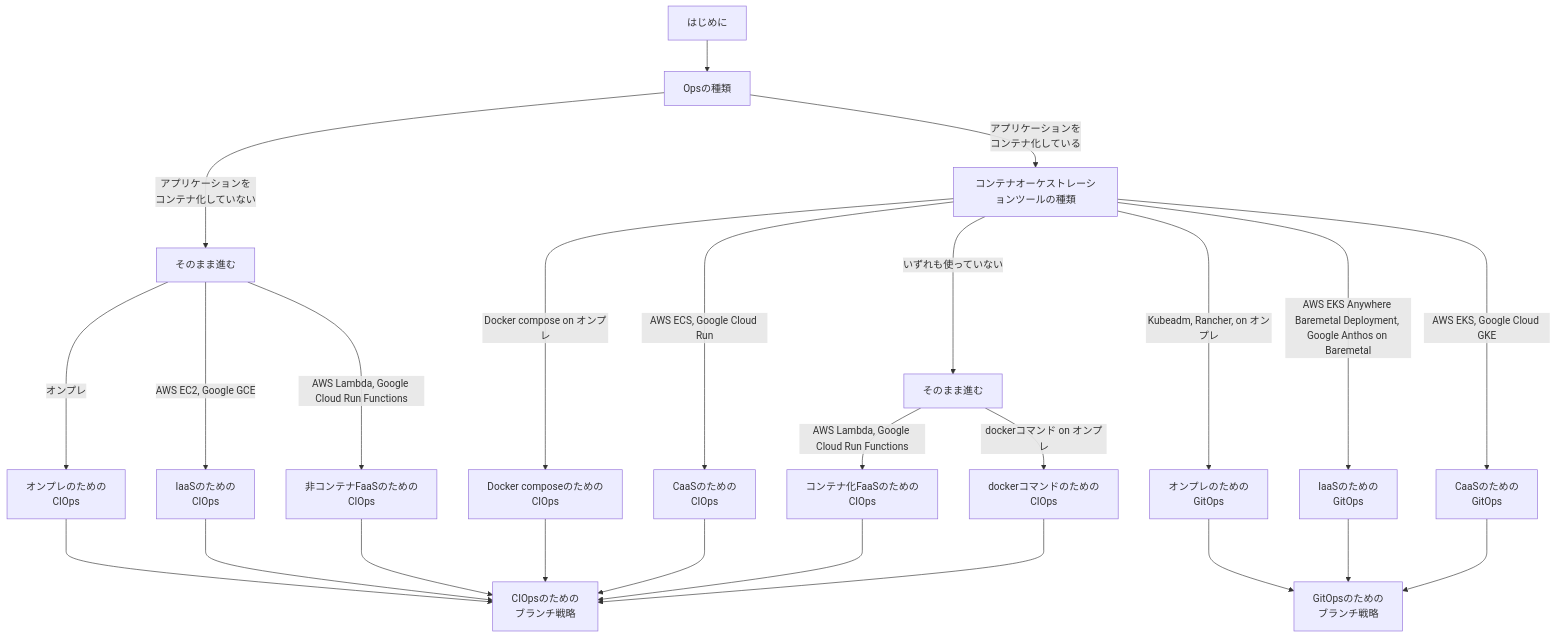
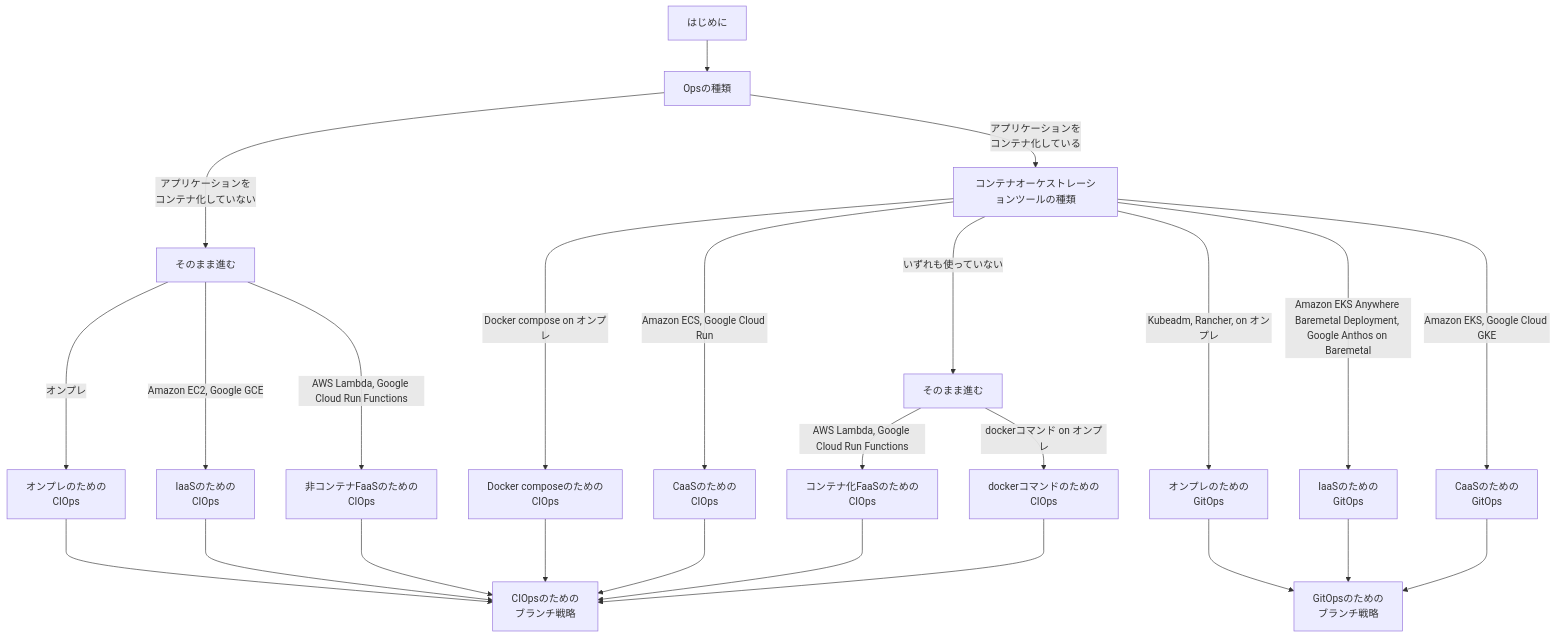
The diagram in docs/devops/devops_cicd.md (hiroki-it/tech-notebook), drawn with Mermaid before and after one commit. The commit also changed other lines of this file and 47 other files, not shown here.

````diff
--- a/docs/devops/devops_cicd.md
+++ b/docs/devops/devops_cicd.md
@@ -209,41 +209,41 @@
 ```mermaid
 graph TD;
   A[はじめに] --> B[Opsの種類]
 
   B ---> | アプリケーションを<br>コンテナ化していない | C[そのまま進む]
   B --> | アプリケーションを<br>コンテナ化している | D[コンテナオーケストレーションツールの種類]
 
   C ---> | オンプレ | E[オンプレのための<br>CIOps]
-  C ---> | AWS EC2, Google GCE | F["IaaSのための<br>CIOps"]
+  C ---> | Amazon EC2, Google GCE | F["IaaSのための<br>CIOps"]
   C ---> | AWS Lambda, Google Cloud Run Functions | G[非コンテナFaaSのための<br>CIOps]
 
   D ----> | Docker compose on オンプレ | H[Docker composeのための<br>CIOps]
-  D ----> | AWS ECS, Google Cloud Run  | I[CaaSのための<br>CIOps]
+  D ----> | Amazon ECS, Google Cloud Run  | I[CaaSのための<br>CIOps]
   D --> | いずれも使っていない | J[そのまま進む]
   D ----> | Kubeadm, Rancher, on オンプレ | K[オンプレのための<br>GitOps]
-  D ----> | AWS EKS Anywhere Baremetal Deployment, Google Anthos on Baremetal| L[IaaSのための<br>GitOps]
-  D ----> | AWS EKS, Google Cloud GKE | M[CaaSのための<br>GitOps]
+  D ----> | Amazon EKS Anywhere Baremetal Deployment, Google Anthos on Baremetal| L[IaaSのための<br>GitOps]
+  D ----> | Amazon EKS, Google Cloud GKE | M[CaaSのための<br>GitOps]
 
   J --> | AWS Lambda, Google Cloud Run Functions | N[コンテナ化FaaSのための<br>CIOps]
   J --> | dockerコマンド on オンプレ| O[dockerコマンドのための<br>CIOps]
 
   E ---> P[CIOpsのための<br>ブランチ戦略]
 
   F ---> P
 
   G ---> P
 
   H ---> P
 
   I ---> P
 
   K ---> Q[GitOpsのための<br>ブランチ戦略]
 
   L ---> Q
 
   M ---> Q
 
   N ---> P
 
   O ---> P
 ```
````
